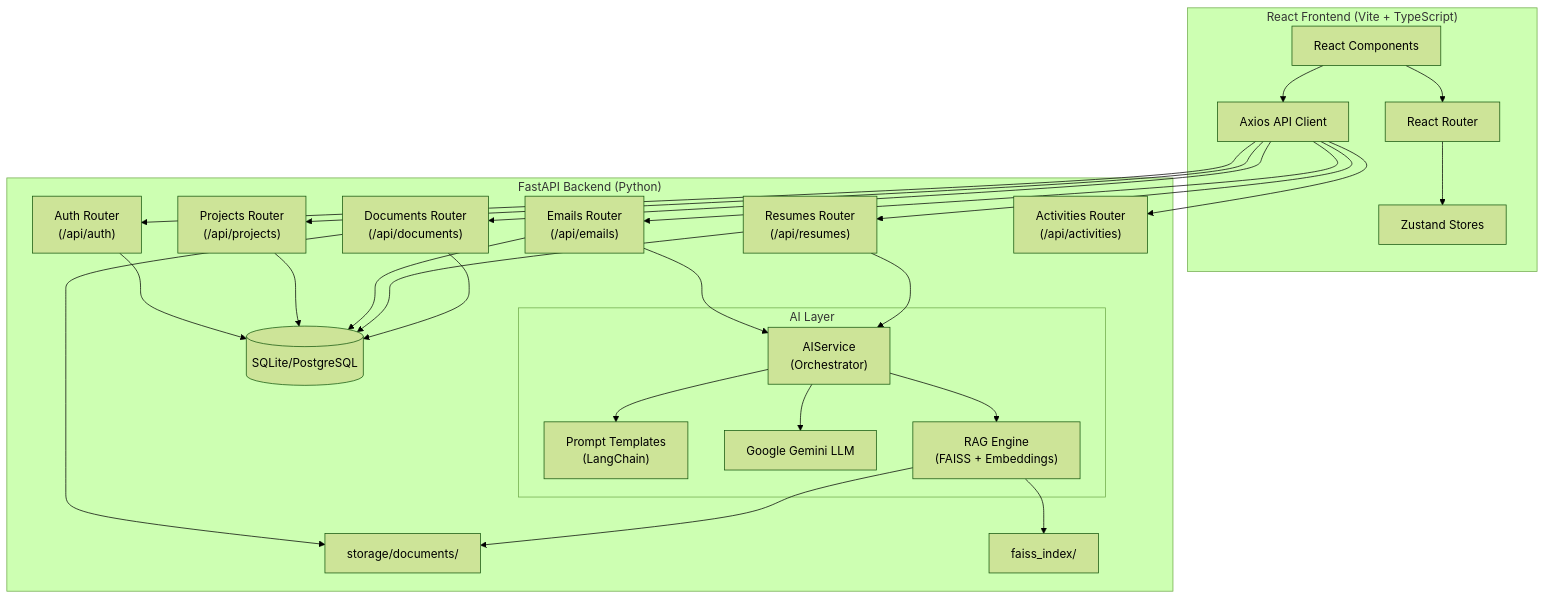
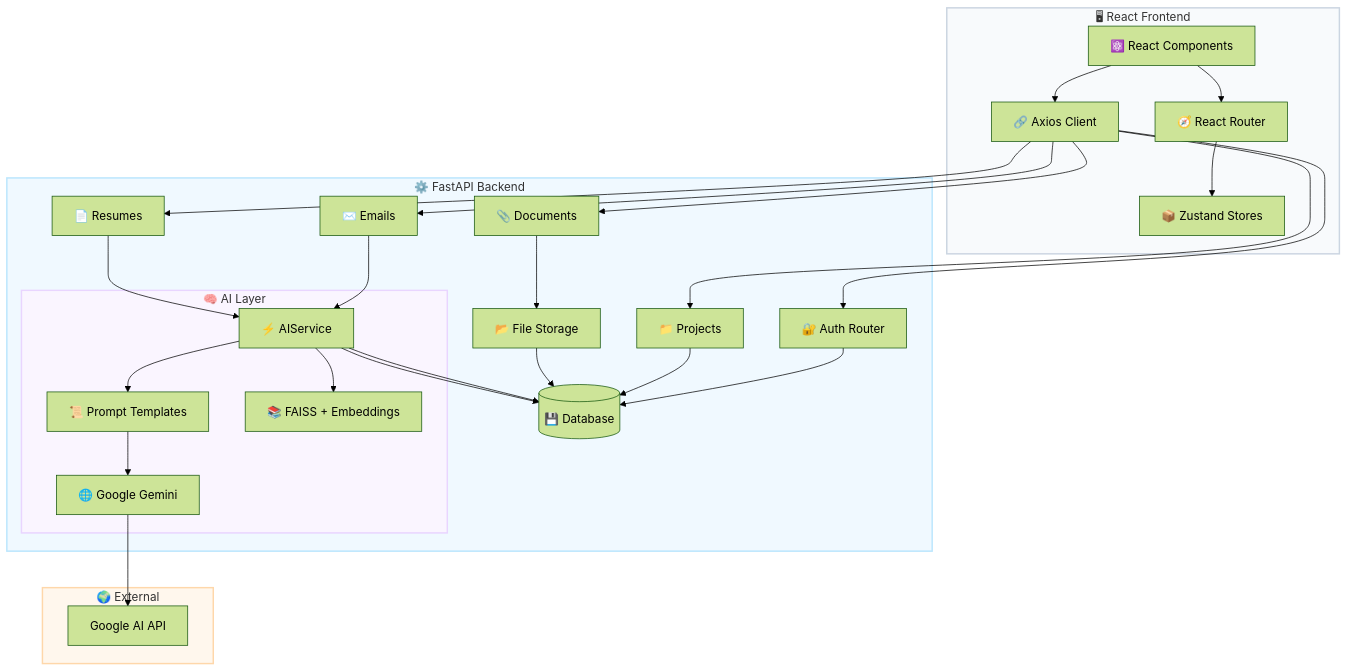
The first of 6 diagrams in README.md (GaganCB2002/ColdForge), drawn with Mermaid (forest theme) before and after one commit. The commit also changed other lines of this file, not shown here.

````diff
--- a/README.md
+++ b/README.md
@@ -25,54 +55,46 @@
 ```mermaid
 graph TB
-    subgraph Frontend["React Frontend (Vite + TypeScript)"]
-        UI[React Components]
-        ZS[Zustand Stores]
-        API[Axios API Client]
-        RR[React Router]
+    subgraph Frontend["🖥 React Frontend"]
+        style Frontend fill:#F8FAFC,stroke:#CBD5E1,stroke-width:2
+        UI[⚛️ React Components]
+        ZS[📦 Zustand Stores]
+        API[🔗 Axios Client]
+        RR[🧭 React Router]
     end
 
-    subgraph Backend["FastAPI Backend (Python)"]
-        Auth["Auth Router<br/>(/api/auth)"]
-        Projects["Projects Router<br/>(/api/projects)"]
-        Emails["Emails Router<br/>(/api/emails)"]
-        Resumes["Resumes Router<br/>(/api/resumes)"]
-        Docs["Documents Router<br/>(/api/documents)"]
-        Activities["Activities Router<br/>(/api/activities)"]
+    subgraph Backend["⚙️ FastAPI Backend"]
+        style Backend fill:#F0F9FF,stroke:#BAE6FD,stroke-width:2
+        Auth["🔐 Auth Router"]
+        Projects["📁 Projects"]
+        Emails["✉️ Emails"]
+        Resumes["📄 Resumes"]
+        Docs["📎 Documents"]
         
-        subgraph AI["AI Layer"]
-            AIService["AIService<br/>(Orchestrator)"]
-            Prompts["Prompt Templates<br/>(LangChain)"]
-            Gemini["Google Gemini LLM"]
-            RAG["RAG Engine<br/>(FAISS + Embeddings)"]
+        subgraph AI["🧠 AI Layer"]
+            style AI fill:#FAF5FF,stroke:#E9D5FF,stroke-width:2
+            AIService["⚡ AIService"]
+            Prompts["📜 Prompt Templates"]
+            Gemini["🌐 Google Gemini"]
+            RAG["📚 FAISS + Embeddings"]
         end
         
-        DB[(SQLite/PostgreSQL)]
-        FileStore["storage/documents/"]
-        FAISS_Index["faiss_index/"]
+        DB[(💾 Database)]
+        FS["📂 File Storage"]
     end
 
-    UI --> RR
-    RR --> ZS
+    subgraph External["🌍 External"]
+        style External fill:#FFF7ED,stroke:#FED7AA,stroke-width:2
+        GAPI["Google AI API"]
+    end
+
+    UI --> RR --> ZS
     UI --> API
-    API --> Auth
-    API --> Projects
-    API --> Emails
-    API --> Resumes
-    API --> Docs
-    API --> Activities
-    
+    API --> Auth & Projects & Emails & Resumes & Docs
     Auth --> DB
     Projects --> DB
-    Emails --> AIService
-    Emails --> DB
-    Resumes --> AIService
-    Resumes --> DB
-    Docs --> FileStore
-    Docs --> DB
-    
-    AIService --> Prompts
+    Emails --> AIService --> DB
+    Resumes --> AIService --> DB
+    Docs --> FS --> DB
+    AIService --> Prompts --> Gemini --> GAPI
     AIService --> RAG
-    AIService --> Gemini
-    RAG --> FAISS_Index
-    RAG --> FileStore
 ```
````
